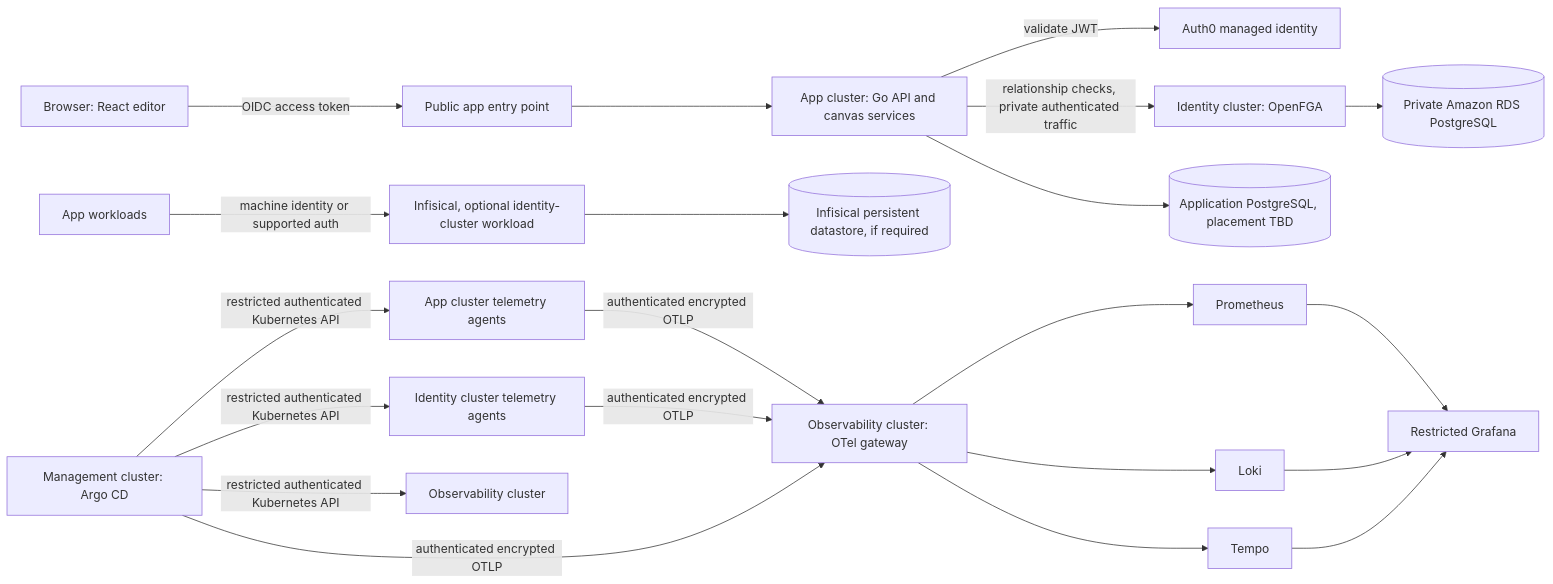
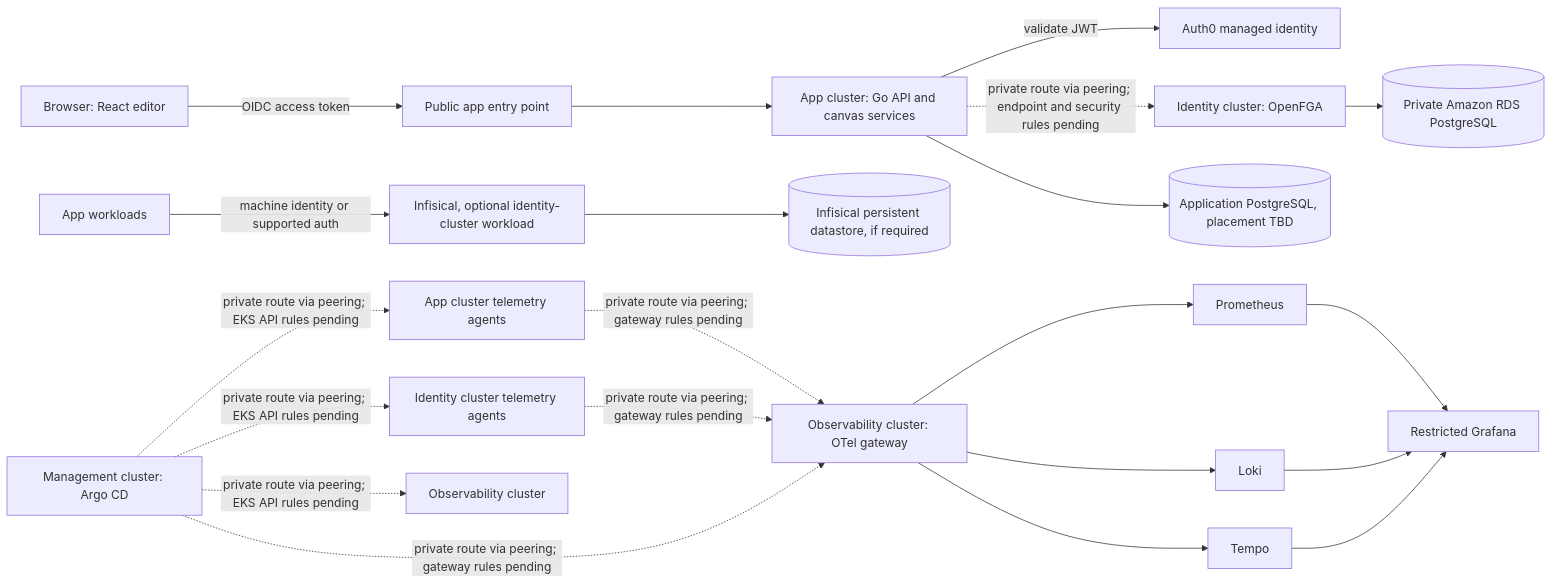
Before and after one commit to harishSudalaimani/kloudlab: the diagram in docs/architecture/system-boundaries.md, drawn with Mermaid. The commit also changed other lines of this file and 18 other files, not shown here.

````diff
--- a/docs/architecture/system-boundaries.md
+++ b/docs/architecture/system-boundaries.md
@@ -9,23 +9,23 @@
 ```mermaid
 flowchart LR
     Browser[Browser: React editor] -->|OIDC access token| Edge[Public app entry point]
     Edge --> API[App cluster: Go API and canvas services]
     API -->|validate JWT| Auth0[Auth0 managed identity]
-    API -->|relationship checks, private authenticated traffic| FGA[Identity cluster: OpenFGA]
+    API -.->|private route via peering; endpoint and security rules pending| FGA[Identity cluster: OpenFGA]
     FGA --> FGA_DB[(Private Amazon RDS PostgreSQL)]
     API --> AppDB[(Application PostgreSQL, placement TBD)]
     AppWorkloads[App workloads] -->|machine identity or supported auth| Secrets[Infisical, optional identity-cluster workload]
     Secrets --> InfisicalDB[(Infisical persistent datastore, if required)]
-    AppCluster[App cluster telemetry agents] -->|authenticated encrypted OTLP| OTel[Observability cluster: OTel gateway]
-    FGACluster[Identity cluster telemetry agents] -->|authenticated encrypted OTLP| OTel
-    ManagementCluster[Management cluster: Argo CD] -->|restricted authenticated Kubernetes API| AppCluster
-    ManagementCluster -->|restricted authenticated Kubernetes API| FGACluster
-    ManagementCluster -->|restricted authenticated Kubernetes API| OTelCluster[Observability cluster]
-    ManagementCluster -->|authenticated encrypted OTLP| OTel
+    AppCluster[App cluster telemetry agents] -.->|private route via peering; gateway rules pending| OTel[Observability cluster: OTel gateway]
+    FGACluster[Identity cluster telemetry agents] -.->|private route via peering; gateway rules pending| OTel
+    ManagementCluster[Management cluster: Argo CD] -.->|private route via peering; EKS API rules pending| AppCluster
+    ManagementCluster -.->|private route via peering; EKS API rules pending| FGACluster
+    ManagementCluster -.->|private route via peering; EKS API rules pending| OTelCluster[Observability cluster]
+    ManagementCluster -.->|private route via peering; gateway rules pending| OTel
     OTel --> Metrics[Prometheus]
     OTel --> Logs[Loki]
     OTel --> Traces[Tempo]
     Metrics --> Grafana[Restricted Grafana]
     Logs --> Grafana
     Traces --> Grafana
 ```
````
